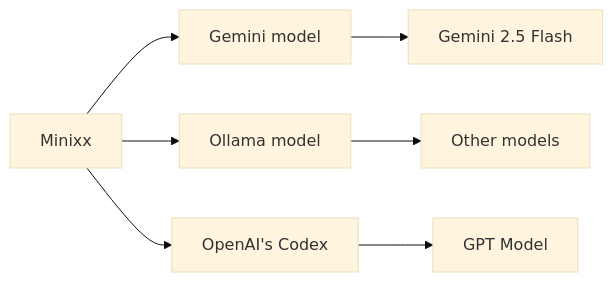
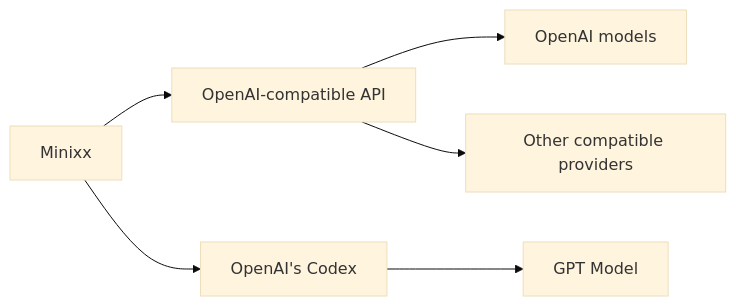
Before and after one commit to mtov/minixx: the first of 3 diagrams in README.md, drawn with Mermaid (base theme). The commit also changed other lines of this file and 8 other files, not shown here.

Commit message:
refactor(models): simplify access to codex and OpenAI-compatible API

````diff
--- a/README.md
+++ b/README.md
@@ -80,9 +81,8 @@
 ```mermaid
 flowchart LR
-    Minixx --> Gemini["Gemini model"]
-    Gemini --> GoogleModel["Gemini 2.5 Flash"]
-    Minixx --> Ollama["Ollama model"]
-    Ollama --> Other["Other models"]
+    Minixx --> Compatible["OpenAI-compatible API"]
+    Compatible --> OpenAI["OpenAI models"]
+    Compatible --> Other["Other compatible providers"]
     Minixx --> Codex["OpenAI's Codex"]
     Codex --> GPT["GPT Model"]
 ```
````
